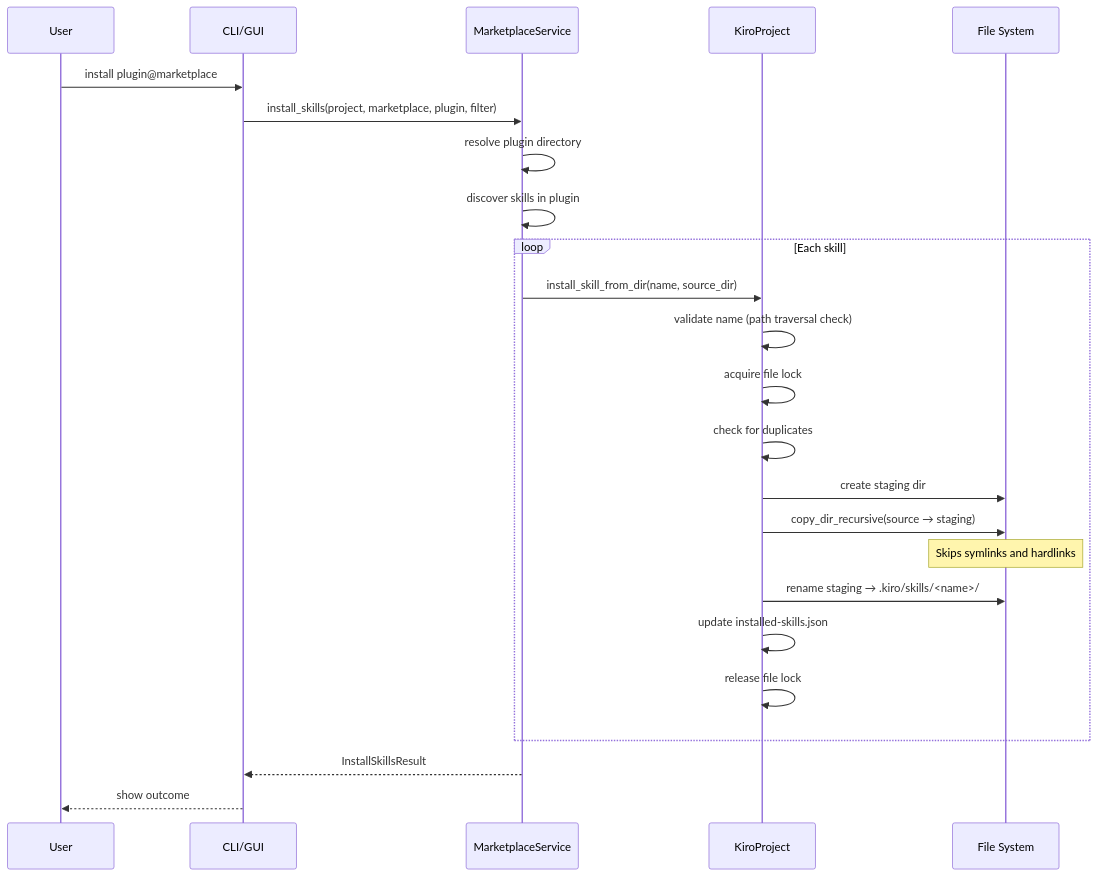
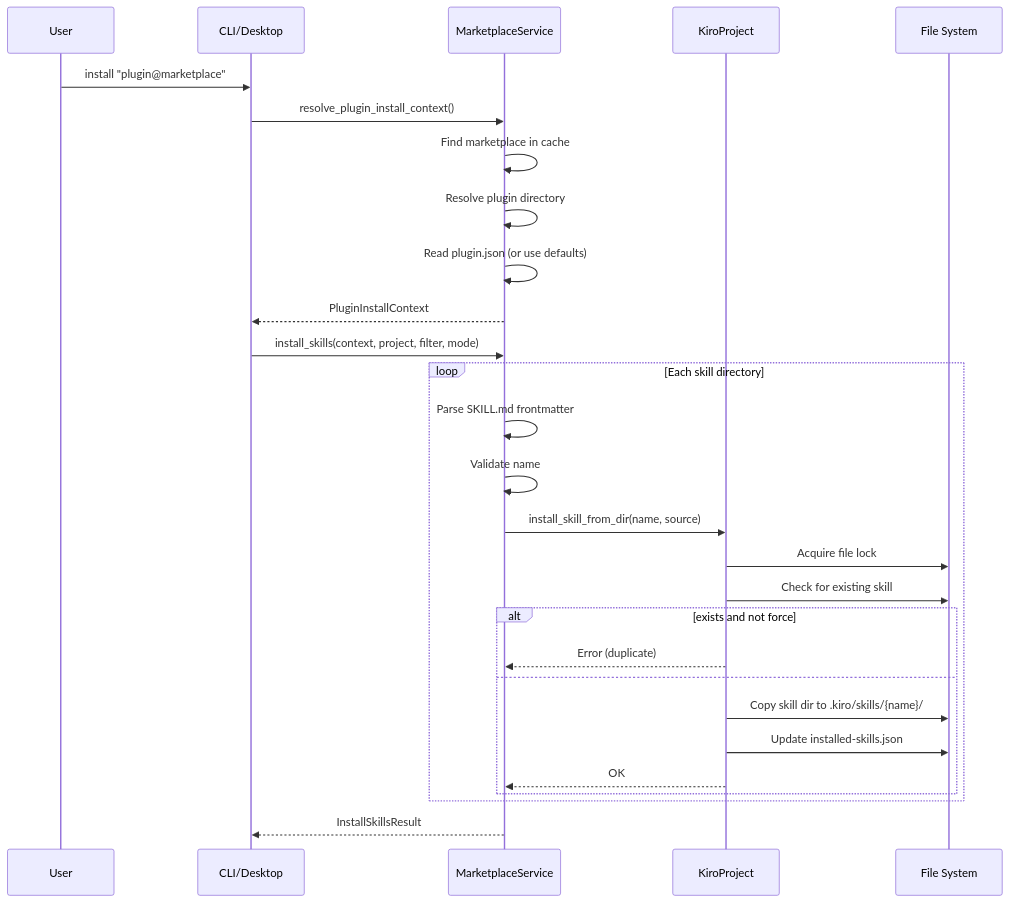
The second of 7 diagrams in .agents/summary/workflows.md (dwalleck/kiro-control-center), drawn with Mermaid before and after one commit. The commit also changed other lines of this file and 9 other files, not shown here.

````diff
--- a/.agents/summary/workflows.md
+++ b/.agents/summary/workflows.md
@@ -33,27 +43,32 @@
 ```mermaid
 sequenceDiagram
     participant User
-    participant Frontend as CLI/GUI
+    participant Frontend as CLI/Desktop
     participant Service as MarketplaceService
     participant Project as KiroProject
     participant FS as File System
 
-    User->>Frontend: install plugin@marketplace
-    Frontend->>Service: install_skills(project, marketplace, plugin, filter)
-    Service->>Service: resolve plugin directory
-    Service->>Service: discover skills in plugin
-    loop Each skill
-        Service->>Project: install_skill_from_dir(name, source_dir)
-        Project->>Project: validate name (path traversal check)
-        Project->>Project: acquire file lock
-        Project->>Project: check for duplicates
-        Project->>FS: create staging dir
-        Project->>FS: copy_dir_recursive(source → staging)
-        Note over FS: Skips symlinks and hardlinks
-        Project->>FS: rename staging → .kiro/skills/<name>/
-        Project->>Project: update installed-skills.json
-        Project->>Project: release file lock
+    User->>Frontend: install "plugin@marketplace"
+    Frontend->>Service: resolve_plugin_install_context()
+    Service->>Service: Find marketplace in cache
+    Service->>Service: Resolve plugin directory
+    Service->>Service: Read plugin.json (or use defaults)
+    Service-->>Frontend: PluginInstallContext
+
+    Frontend->>Service: install_skills(context, project, filter, mode)
+    loop Each skill directory
+        Service->>Service: Parse SKILL.md frontmatter
+        Service->>Service: Validate name
+        Service->>Project: install_skill_from_dir(name, source)
+        Project->>FS: Acquire file lock
+        Project->>FS: Check for existing skill
+        alt exists and not force
+            Project-->>Service: Error (duplicate)
+        else
+            Project->>FS: Copy skill dir to .kiro/skills/{name}/
+            Project->>FS: Update installed-skills.json
+            Project-->>Service: OK
+        end
     end
     Service-->>Frontend: InstallSkillsResult
-    Frontend-->>User: show outcome
 ```
````
